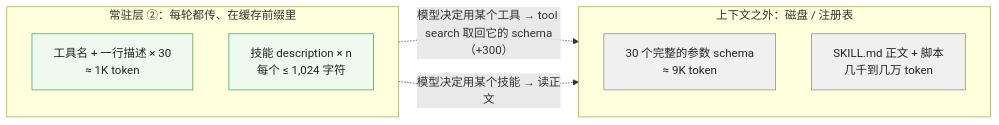
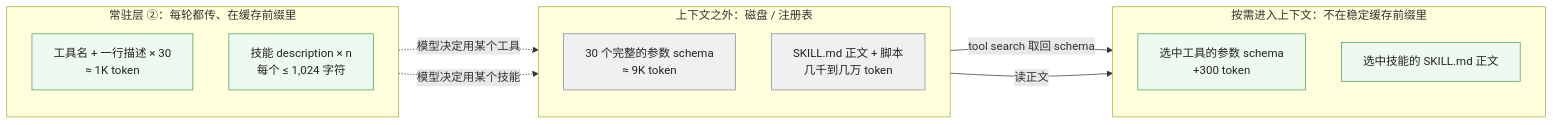
One commit to arganzheng/arganzheng.github.com changed the second of 4 diagrams in _posts/2026-10-06-anatomy-of-the-context-window.md. Above: the diagram before and after it, drawn with Mermaid. The commit also changed other lines of this file and 1 other file, not shown here.

First line of the commit message:
上下文解剖：七层对照表改 Markdown，修正图示语义

````diff
--- a/_posts/2026-10-06-anatomy-of-the-context-window.md
+++ b/_posts/2026-10-06-anatomy-of-the-context-window.md
@@ -100,20 +100,28 @@
 ```mermaid
-%% 图：渐进披露——常驻在上下文里的只是每个工具的名字和每个技能的一行描述（几十 token），完整的 schema 与 SKILL.md 正文放在外面，模型判断要用时再加载；30 个工具的完整定义从常驻的 9K 变成常驻 1K + 按需 300
+%% 图：工具与技能定义的渐进披露
 flowchart LR
     subgraph RES["常驻层 ②：每轮都传、在缓存前缀里"]
         direction TB
         R1["工具名 + 一行描述 × 30<br/>≈ 1K token"]
         R2["技能 description × n<br/>每个 ≤ 1,024 字符"]
     end
     subgraph EXT["上下文之外：磁盘 / 注册表"]
         direction TB
         E1["30 个完整的参数 schema<br/>≈ 9K token"]
         E2["SKILL.md 正文 + 脚本<br/>几千到几万 token"]
     end
-    R1 -.->|"模型决定用某个工具 → tool search 取回它的 schema（+300）"| E1
-    R2 -.->|"模型决定用某个技能 → 读正文"| E2
+    subgraph LOAD["按需进入上下文：不在稳定缓存前缀里"]
+        direction TB
+        L1["选中工具的参数 schema<br/>+300 token"]
+        L2["选中技能的 SKILL.md 正文"]
+    end
+    R1 -.->|"模型决定用某个工具"| E1
+    E1 -->|"tool search 取回 schema"| L1
+    R2 -.->|"模型决定用某个技能"| E2
+    E2 -->|"读正文"| L2
     classDef res fill:#eefaf0,stroke:#4d9a5c,color:#222
     classDef ext fill:#f0f0f0,stroke:#888,color:#222
     class R1,R2 res
     class E1,E2 ext
+    class L1,L2 res
 ```
````
